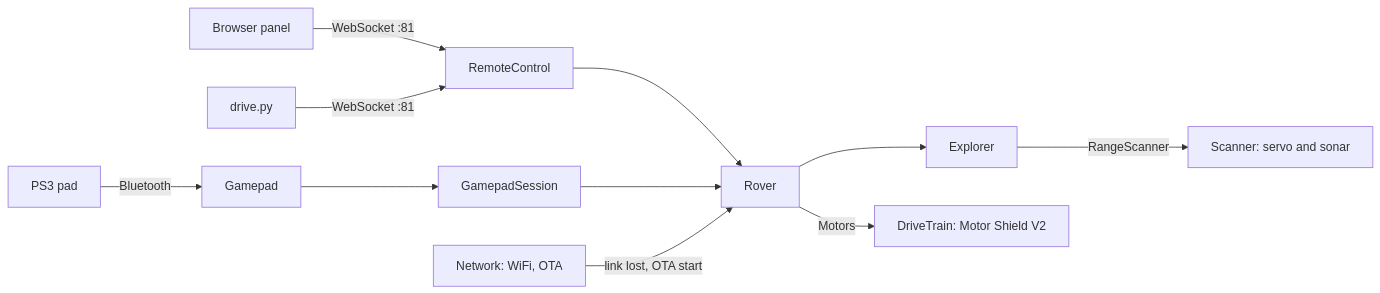
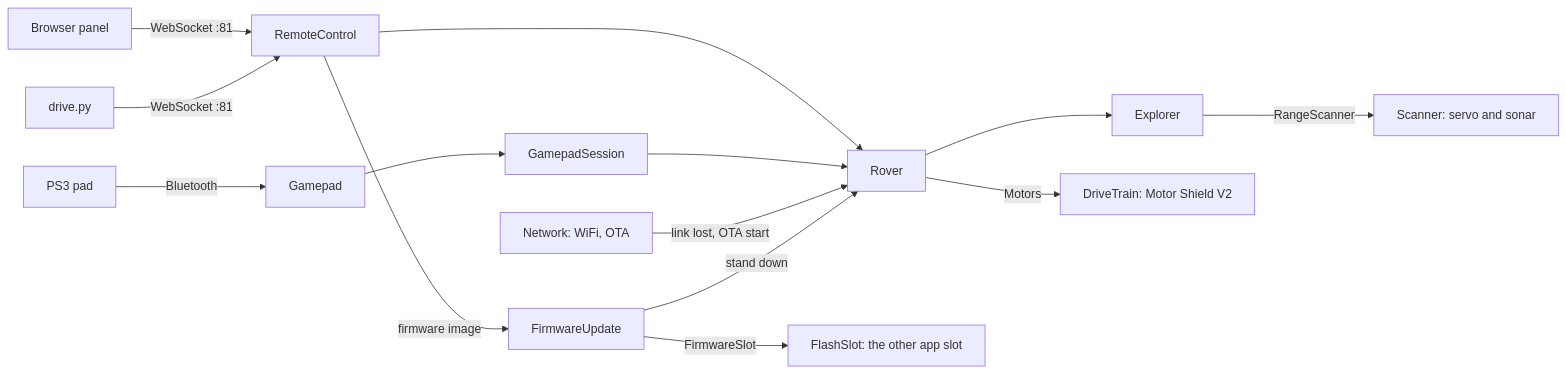
The diagram in README.md (shogowarrior/rover), drawn with Mermaid before and after one commit. The commit also changed other lines of this file and 3 other files, not shown here.

````diff
--- a/README.md
+++ b/README.md
@@ -140,13 +159,16 @@
 ```mermaid
 flowchart LR
   panel[Browser panel] -- "WebSocket :81" --> RC[RemoteControl]
   drive[drive.py] -- "WebSocket :81" --> RC
   pad[PS3 pad] -- Bluetooth --> GP[Gamepad]
   GP --> GS[GamepadSession]
   RC --> R[Rover]
   GS --> R
   NW["Network: WiFi, OTA"] -- "link lost, OTA start" --> R
+  RC -- "firmware image" --> FU[FirmwareUpdate]
+  FU -- "stand down" --> R
+  FU -- FirmwareSlot --> FS["FlashSlot: the other app slot"]
   R --> EX[Explorer]
   R -- Motors --> DT["DriveTrain: Motor Shield V2"]
   EX -- RangeScanner --> SC["Scanner: servo and sonar"]
 ```
````
